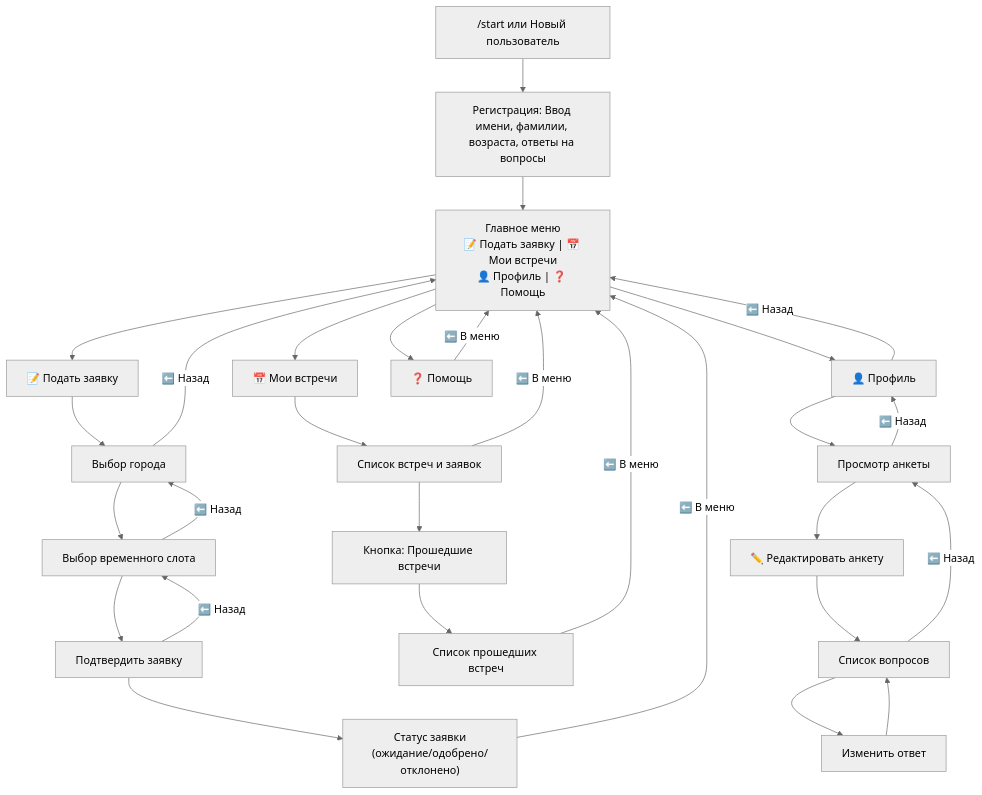
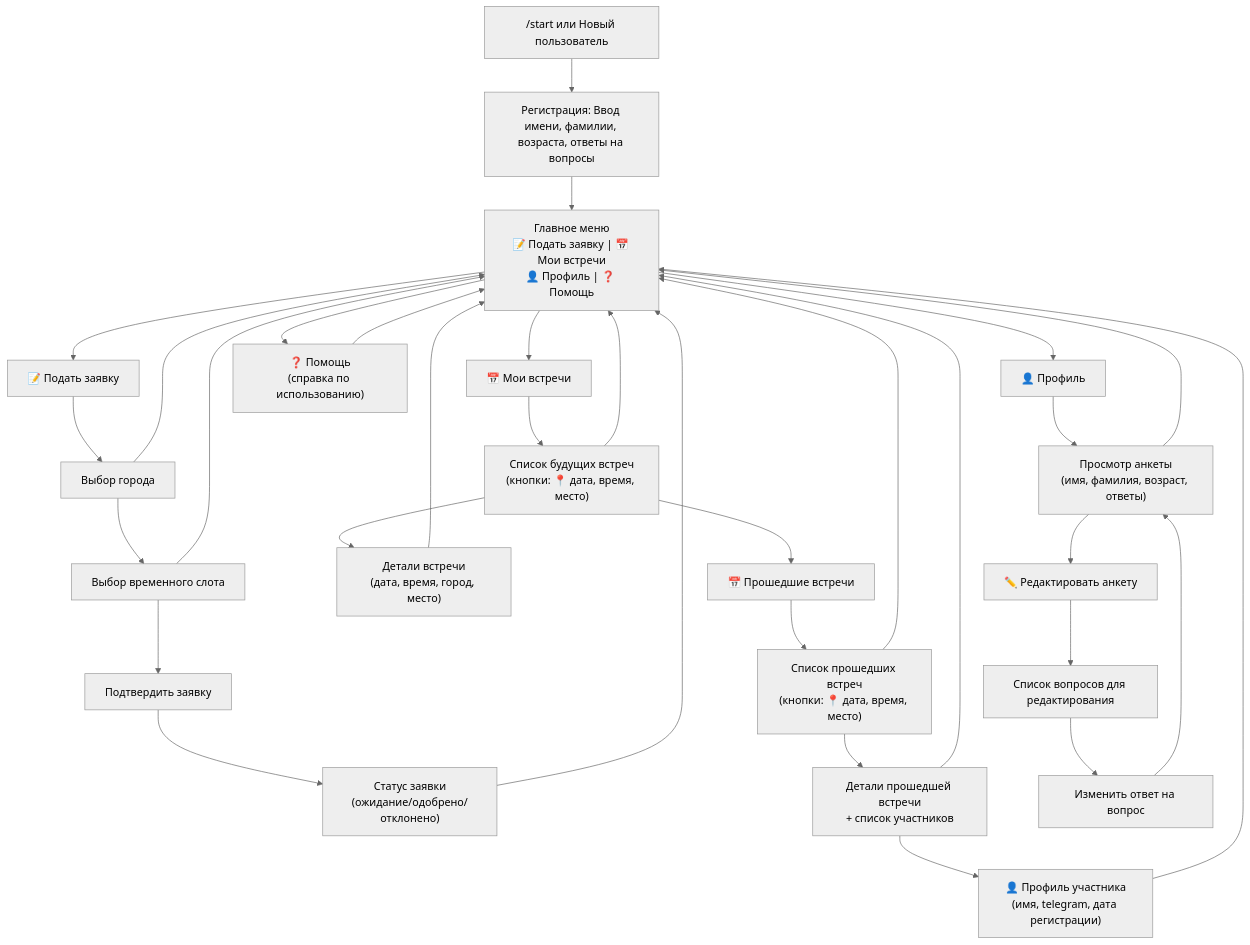
One commit to kostyakunak/5chairs changed the diagram in user_bot/ux_userbot_flowchart.mmd. Above: the diagram before and after it, drawn with Mermaid (neutral theme). The commit also changed 2 other files, not shown here.

Commit message:
The UX of the My Meetings branch was completed to the end.

```diff
--- a/user_bot/ux_userbot_flowchart.mmd
+++ b/user_bot/ux_userbot_flowchart.mmd
@@ -1,45 +1,57 @@
 flowchart TD
     Start["/start или Новый пользователь"]
     Reg["Регистрация: Ввод имени, фамилии, возраста, ответы на вопросы"]
     MainMenu["Главное меню\n📝 Подать заявку | 📅 Мои встречи\n👤 Профиль | ❓ Помощь"]
 
     %% Главное меню
     Start --> Reg
     Reg --> MainMenu
 
-    %% Подать заявку (заявку может подать любой зарегистрированный пользователь, кроме отклонённых)
+    %% Подать заявку
     MainMenu --> Apply["📝 Подать заявку"]
     Apply --> City["Выбор города"]
-    City -->|⬅️ Назад| MainMenu
     City --> TimeSlot["Выбор временного слота"]
-    TimeSlot -->|⬅️ Назад| City
     TimeSlot --> ConfirmApp["Подтвердить заявку"]
-    ConfirmApp -->|⬅️ Назад| TimeSlot
     ConfirmApp --> AppStatus["Статус заявки\n(ожидание/одобрено/отклонено)"]
-    AppStatus -->|⬅️ В меню| MainMenu
+    AppStatus --> MainMenu
 
-    %% Мои встречи
+    %% Мои встречи - обновленный flow
     MainMenu --> MyMeetings["📅 Мои встречи"]
-    MyMeetings --> MeetingsList["Список встреч и заявок"]
-    MeetingsList --> PastBtn["Кнопка: Прошедшие встречи"]
-    PastBtn --> PastMeetings["Список прошедших встреч"]
-    PastMeetings -->|⬅️ В меню| MainMenu
-    MeetingsList -->|⬅️ В меню| MainMenu
+    MyMeetings --> MeetingsList["Список будущих встреч\n(кнопки: 📍 дата, время, место)"]
+    MeetingsList --> MeetingDetails["Детали встречи\n(дата, время, город, место)"]
+    MeetingDetails --> MainMenu
+    
+    %% Прошедшие встречи - новый функционал
+    MeetingsList --> PastBtn["📅 Прошедшие встречи"]
+    PastBtn --> PastMeetings["Список прошедших встреч\n(кнопки: 📍 дата, время, место)"]
+    PastMeetings --> PastDetails["Детали прошедшей встречи\n+ список участников"]
+    PastDetails --> ParticipantProfile["👤 Профиль участника\n(имя, telegram, дата регистрации)"]
+    ParticipantProfile --> MainMenu
+    PastDetails --> MainMenu
+    PastMeetings --> MainMenu
 
     %% Профиль
     MainMenu --> Profile["👤 Профиль"]
-    Profile --> ViewProfile["Просмотр анкеты"]
+    Profile --> ViewProfile["Просмотр анкеты\n(имя, фамилия, возраст, ответы)"]
     ViewProfile --> EditProfile["✏️ Редактировать анкету"]
-    EditProfile --> QuestionsList["Список вопросов"]
-    QuestionsList --> EditAnswer["Изменить ответ"]
-    EditAnswer --> QuestionsList
-    QuestionsList -->|⬅️ Назад| ViewProfile
-    ViewProfile -->|⬅️ Назад| Profile
-    Profile -->|⬅️ Назад| MainMenu
+    EditProfile --> QuestionsList["Список вопросов для редактирования"]
+    QuestionsList --> EditAnswer["Изменить ответ на вопрос"]
+    EditAnswer --> ViewProfile
+    ViewProfile --> MainMenu
 
     %% Помощь
-    MainMenu --> Help["❓ Помощь"]
-    Help -->|⬅️ В меню| MainMenu
+    MainMenu --> Help["❓ Помощь\n(справка по использованию)"]
+    Help --> MainMenu
 
-    %% Примечание
-    %% Любой зарегистрированный пользователь (кроме отклонённых) может подать заявку на встречу без подтверждения админом. 
+    %% Упрощенная навигация - все ведет в главное меню
+    City --> MainMenu
+    TimeSlot --> MainMenu
+    MeetingsList --> MainMenu
+
+    %% Примечания по изменениям:
+    %% 1. Убраны кнопки "Назад" - везде только "В меню"
+    %% 2. Добавлен функционал прошедших встреч с профилями участников
+    %% 3. Кнопки встреч показывают формат "📍 дата, время, место"
+    %% 4. Минимальный текст в интерфейсе - фокус на кнопках
+    %% 5. Профили участников содержат: имя, telegram, дату регистрации
+    %% 6. Упрощенная навигация - прямые переходы в главное меню 
```
